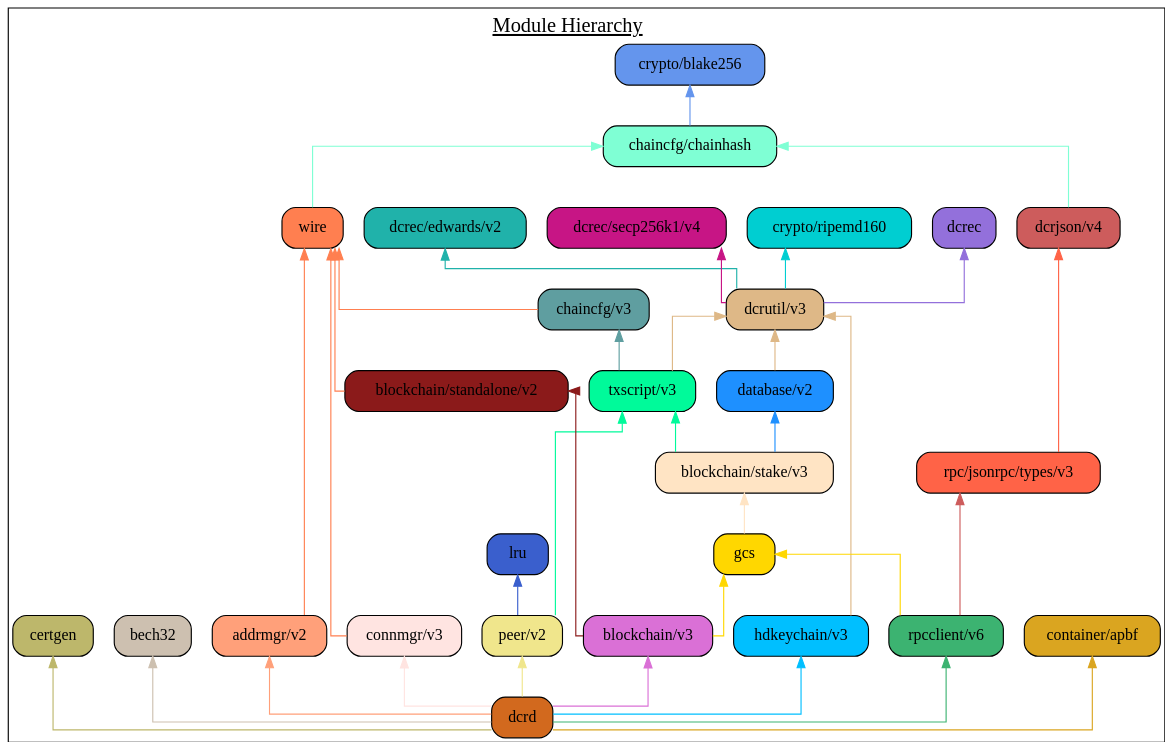
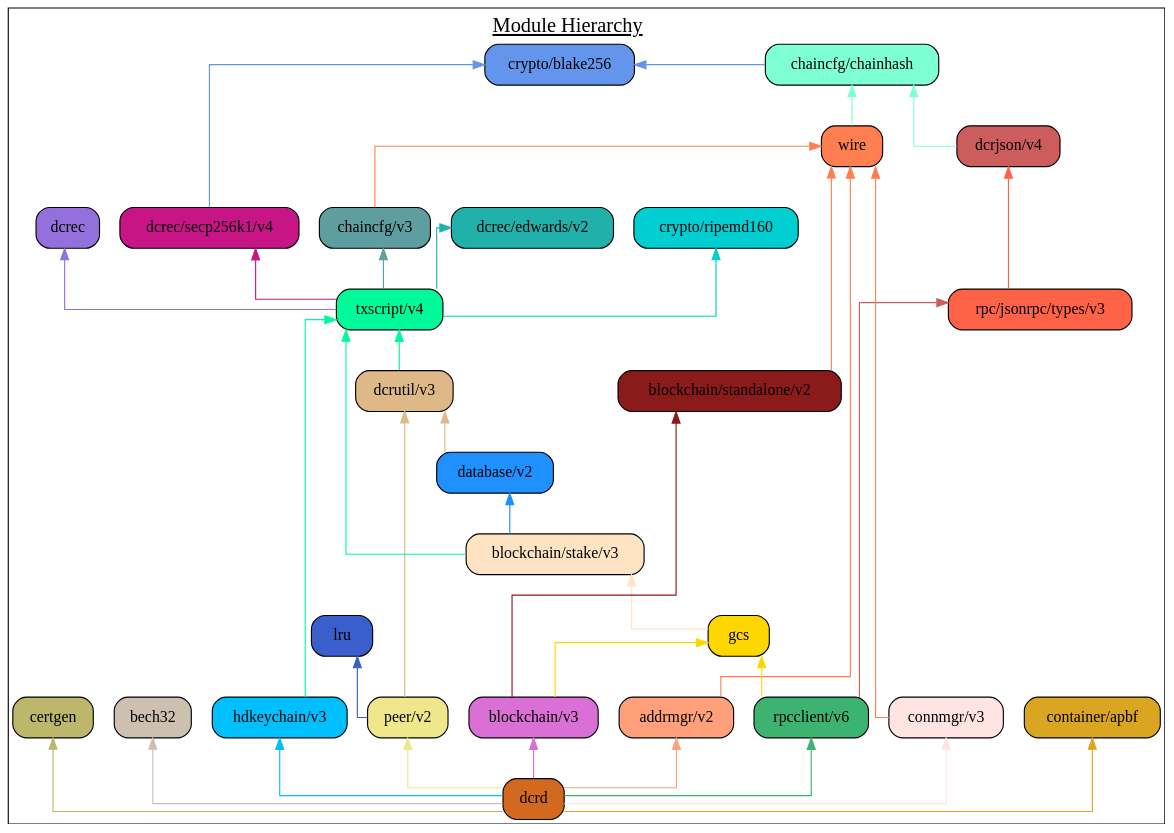
One commit to decred/dcrd changed the diagram in docs/assets/module_hierarchy.gv. Above: the diagram before and after it, drawn with Graphviz. The commit also changed 2 other files, not shown here.

Commit message:
docs: Update for txscript v3 module.
This updates the docs/README.md file, module hierarchy graphviz, and
module hierarchy diagram to reflect the new module version.

Since dcrutil is no longer is required dependency for txscript, the
graphviz is also updated to account for the relevant transitive
relationships among the modules.

```diff
--- a/docs/assets/module_hierarchy.gv
+++ b/docs/assets/module_hierarchy.gv
@@ -1,73 +1,76 @@
 digraph {
 	graph [splines=ortho colorscheme=svg label=<<u>Module Hierarchy</u>> labelloc=t fontsize=18.0]
 	node [shape=box style="filled, rounded"]
 
 	blake256 [label="crypto/blake256" fillcolor=cornflowerblue]
 	ripemd160 [label="crypto/ripemd160" fillcolor=darkturquoise]
 	certgen [label="certgen" fillcolor=darkkhaki]
 	bech32 [label="bech32" fillcolor=antiquewhite3]
 	chainhash [label="chaincfg/chainhash" fillcolor=aquamarine]
 	dcrjson [label="dcrjson/v4" fillcolor=indianred]
 	types [label="rpc/jsonrpc/types/v3" fillcolor=tomato]
 	wire [label="wire" fillcolor=coral]
 	addrmgr [label="addrmgr/v2" fillcolor=lightsalmon]
 	chaincfg [label="chaincfg/v3" fillcolor=cadetblue]
 	connmgr [label="connmgr/v3" fillcolor=mistyrose]
 	dcrec [label="dcrec" fillcolor=mediumpurple]
 	edwards [label="dcrec/edwards/v2" fillcolor=lightseagreen]
 	secp256k1 [label="dcrec/secp256k1/v4" fillcolor=mediumvioletred]
 	dcrutil [label="dcrutil/v3" fillcolor=burlywood]
 	database [label="database/v2" fillcolor=dodgerblue]
 	hdkeychain [label="hdkeychain/v3" fillcolor=deepskyblue]
-	txscript [label="txscript/v3" fillcolor=mediumspringgreen]
+	txscript [label="txscript/v4" fillcolor=mediumspringgreen]
 	stake [label="blockchain/stake/v3" fillcolor=bisque]
 	standalone [label="blockchain/standalone/v2" fillcolor=firebrick4]
 	gcs [label="gcs" fillcolor=gold]
 	blockchain [label="blockchain/v3" fillcolor=orchid]
 	lru [label="lru" fillcolor=royalblue3]
 	peer [label="peer/v2" fillcolor=khaki]
 	rpcclient [label="rpcclient/v6" fillcolor=mediumseagreen]
 	apbf [label="container/apbf" fillcolor=goldenrod]
 	dcrd [label="dcrd" fillcolor=chocolate]
 
+	{rank=same blake256 chainhash}
+	{rank=same dcrec secp256k1}
 	{rank=same connmgr addrmgr hdkeychain peer blockchain rpcclient}
 
 	certgen
 	bech32
 	blake256 -> chainhash [dir=back color=cornflowerblue]
+	blake256 -> secp256k1 [dir=back color=cornflowerblue]
 	chaincfg -> txscript [dir=back color=cadetblue]
 	chainhash -> dcrjson [dir=back color=aquamarine]
 	chainhash -> wire [dir=back color=aquamarine]
 	wire -> addrmgr [dir=back color=coral]
 	wire -> chaincfg [dir=back color=coral]
 	wire -> connmgr [dir=back color=coral]
 	wire -> standalone [dir=back color=coral]
-	ripemd160 -> dcrutil [dir=back color=darkturquoise]
-	dcrec -> dcrutil [dir=back color=mediumpurple]
-	edwards -> dcrutil [dir=back color=lightseagreen]
-	secp256k1 -> dcrutil [dir=back color=mediumvioletred]
+	ripemd160 -> txscript [dir=back color=darkturquoise]
+	dcrec -> txscript [dir=back color=mediumpurple]
+	edwards -> txscript [dir=back color=lightseagreen]
+	secp256k1 -> txscript [dir=back color=mediumvioletred]
+	txscript -> dcrutil [dir=back color=mediumspringgreen]
+	txscript -> hdkeychain [dir=back color=mediumspringgreen]
+	txscript -> stake [dir=back color=mediumspringgreen]
+	dcrutil -> peer [dir=back color=burlywood]
 	dcrutil -> database [dir=back color=burlywood]
-	dcrutil -> hdkeychain [dir=back color=burlywood]
-	dcrutil -> txscript [dir=back color=burlywood]
 	database -> stake [dir=back color=dodgerblue]
-	txscript -> stake [dir=back color=mediumspringgreen]
-	txscript -> peer [dir=back color=mediumspringgreen]
 	stake -> gcs [dir=back color=bisque]
 	standalone -> blockchain [dir=back color=firebrick4]
 	gcs -> blockchain [dir=back color=gold]
 	gcs -> rpcclient [dir=back color=gold]
 
 	lru -> peer [dir=back color=royalblue3]
 	dcrjson -> types [dir=back color=tomato]
 	types -> rpcclient [dir=back color=indianred]
 
 	blockchain -> dcrd [dir=back color=orchid]
 	certgen -> dcrd [dir=back color=darkkhaki]
 	bech32 -> dcrd [dir=back color=antiquewhite3]
 	addrmgr -> dcrd [dir=back color=lightsalmon]
 	hdkeychain -> dcrd [dir=back color=deepskyblue]
 	connmgr -> dcrd [dir=back color=mistyrose]
 	rpcclient -> dcrd [dir=back color=mediumseagreen]
 	peer -> dcrd [dir=back color=khaki]
 	apbf -> dcrd [dir=back color=goldenrod]
 }
```
